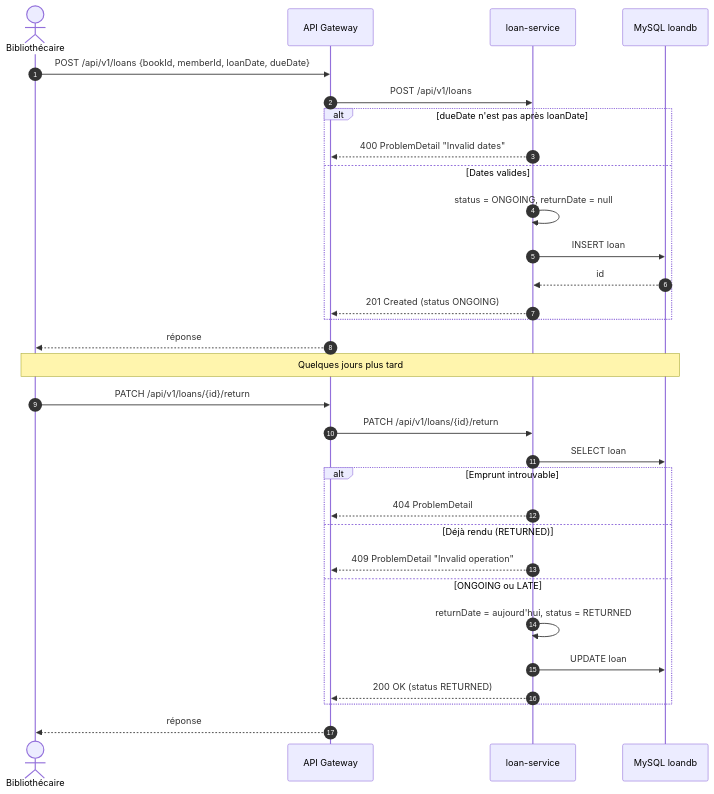
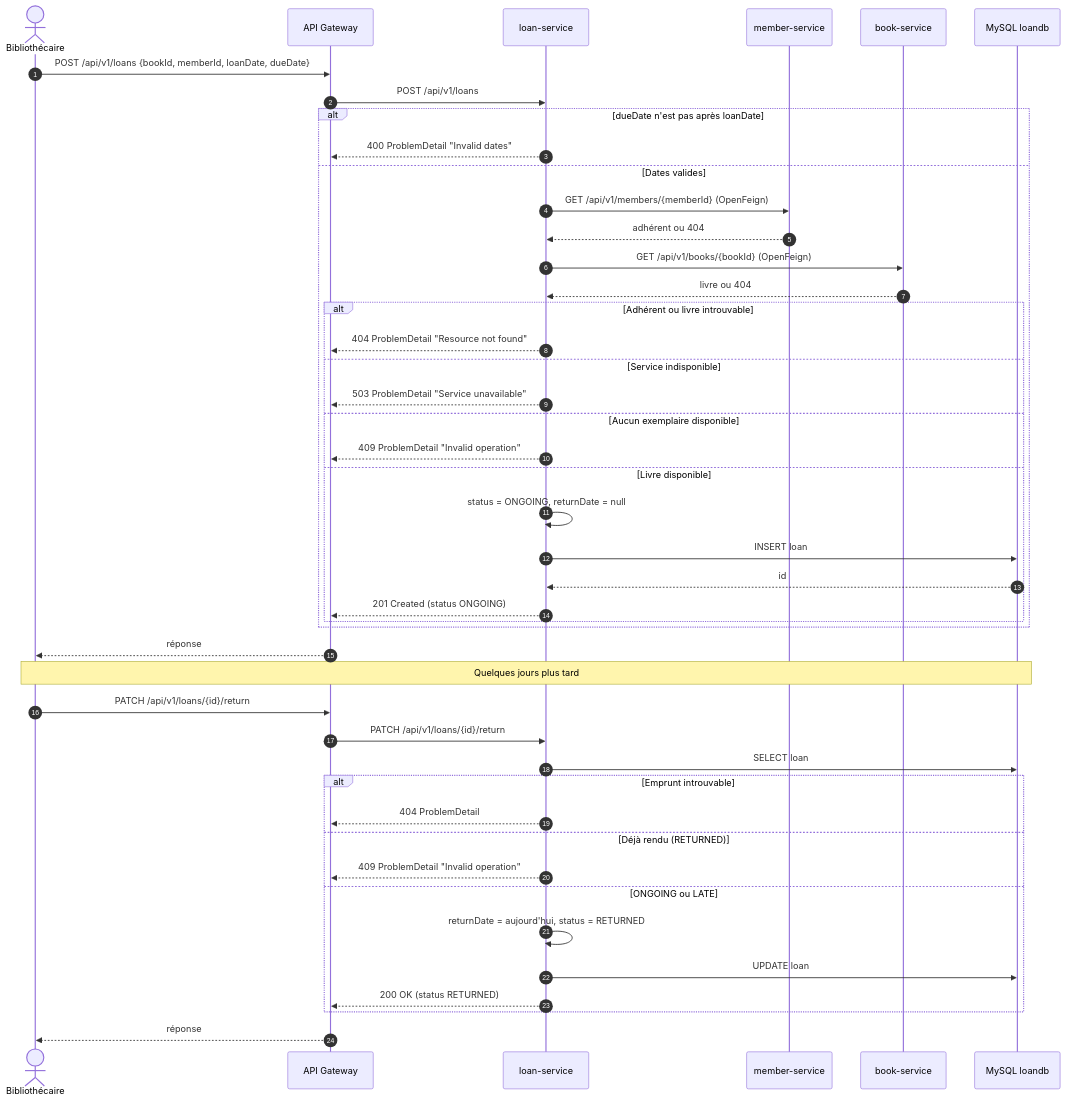
One commit to touihri6/library-management changed the diagram in documentation/diagrams/sequence/borrow-and-return.md. Above: the diagram before and after it, drawn with Mermaid. The commit also changed other lines of this file and 15 other files, not shown here.

Commit message:
(feat) : Add OpenFeign integration to loan-service

````diff
--- a/documentation/diagrams/sequence/borrow-and-return.md
+++ b/documentation/diagrams/sequence/borrow-and-return.md
@@ -5,36 +5,50 @@
 ```mermaid
 sequenceDiagram
     autonumber
     actor B as Bibliothécaire
     participant GW as API Gateway
     participant LS as loan-service
+    participant MS as member-service
+    participant BS as book-service
     participant DB as MySQL loandb
 
     B->>GW: POST /api/v1/loans {bookId, memberId, loanDate, dueDate}
     GW->>LS: POST /api/v1/loans
     alt dueDate n'est pas après loanDate
         LS-->>GW: 400 ProblemDetail "Invalid dates"
     else Dates valides
-        LS->>LS: status = ONGOING, returnDate = null
-        LS->>DB: INSERT loan
-        DB-->>LS: id
-        LS-->>GW: 201 Created (status ONGOING)
+        LS->>MS: GET /api/v1/members/{memberId} (OpenFeign)
+        MS-->>LS: adhérent ou 404
+        LS->>BS: GET /api/v1/books/{bookId} (OpenFeign)
+        BS-->>LS: livre ou 404
+        alt Adhérent ou livre introuvable
+            LS-->>GW: 404 ProblemDetail "Resource not found"
+        else Service indisponible
+            LS-->>GW: 503 ProblemDetail "Service unavailable"
+        else Aucun exemplaire disponible
+            LS-->>GW: 409 ProblemDetail "Invalid operation"
+        else Livre disponible
+            LS->>LS: status = ONGOING, returnDate = null
+            LS->>DB: INSERT loan
+            DB-->>LS: id
+            LS-->>GW: 201 Created (status ONGOING)
+        end
     end
     GW-->>B: réponse
 
     Note over B,DB: Quelques jours plus tard
 
     B->>GW: PATCH /api/v1/loans/{id}/return
     GW->>LS: PATCH /api/v1/loans/{id}/return
     LS->>DB: SELECT loan
     alt Emprunt introuvable
         LS-->>GW: 404 ProblemDetail
     else Déjà rendu (RETURNED)
         LS-->>GW: 409 ProblemDetail "Invalid operation"
     else ONGOING ou LATE
         LS->>LS: returnDate = aujourd'hui, status = RETURNED
         LS->>DB: UPDATE loan
         LS-->>GW: 200 OK (status RETURNED)
     end
     GW-->>B: réponse
 ```
````
